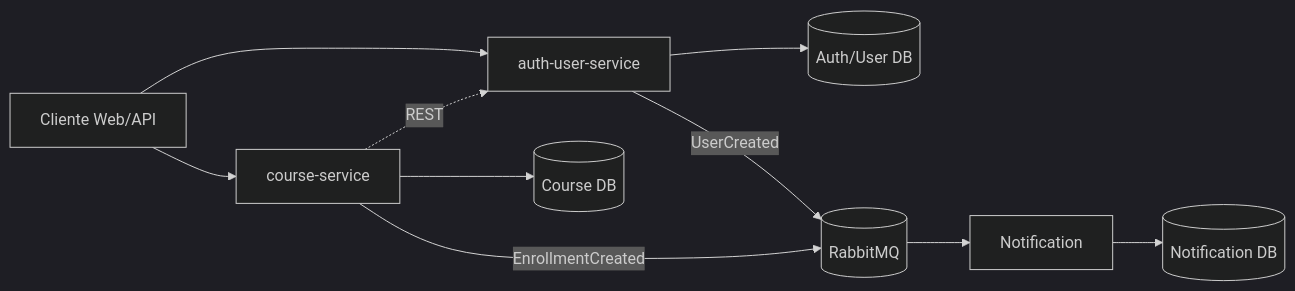
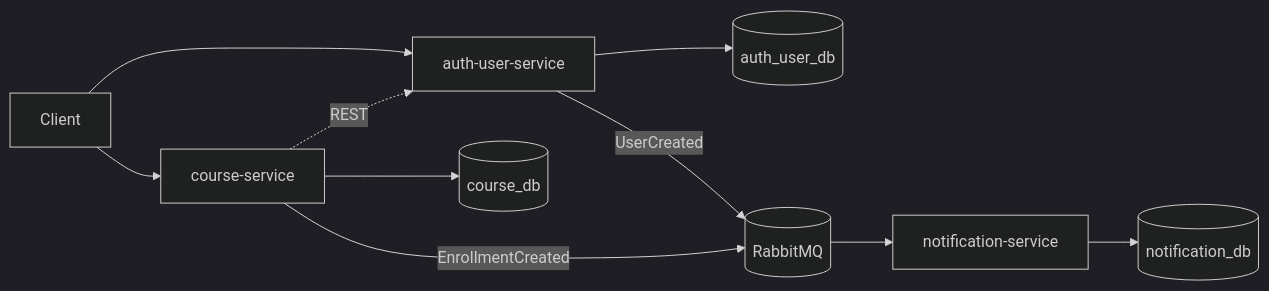
The diagram in docs/hld.md (YuriRomao1/ead_plataform), drawn with Mermaid (dark theme) before and after one commit. The commit also changed other lines of this file, not shown here.

````diff
--- a/docs/hld.md
+++ b/docs/hld.md
@@ -26,15 +64,15 @@
 ```mermaid
 flowchart LR
-    Client[Cliente Web/API] --> Auth[auth-user-service]
+    Client[Client] --> Auth[auth-user-service]
     Client --> Course[course-service]
 
-    Auth --> AuthDb[(Auth/User DB)]
-    Course --> CourseDb[(Course DB)]
-    Notification --> NotificationDb[(Notification DB)]
+    Auth --> AuthDb[(auth_user_db)]
+    Course --> CourseDb[(course_db)]
+    Notification --> NotificationDb[(notification_db)]
 
     Course -. REST .-> Auth
 
     Auth -- UserCreated --> RabbitMQ[(RabbitMQ)]
     Course -- EnrollmentCreated --> RabbitMQ
-    RabbitMQ --> Notification
+    RabbitMQ --> Notification[notification-service]
 ```
````
